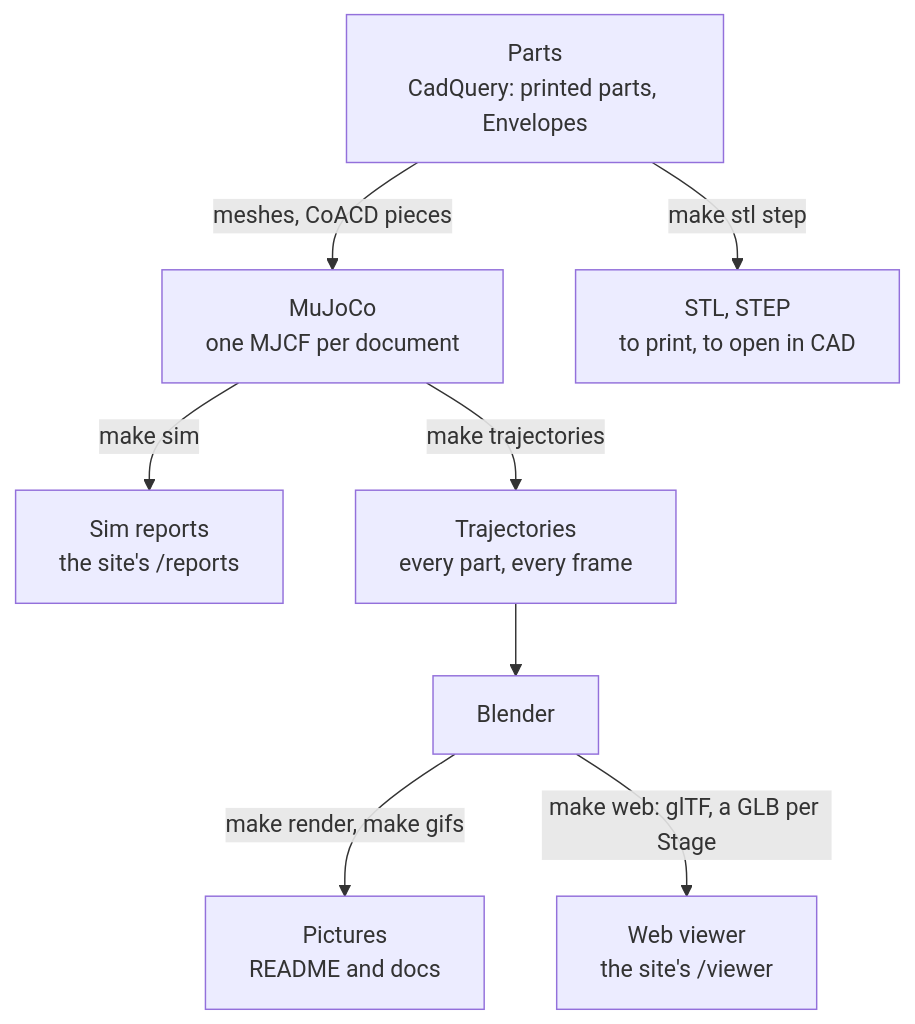
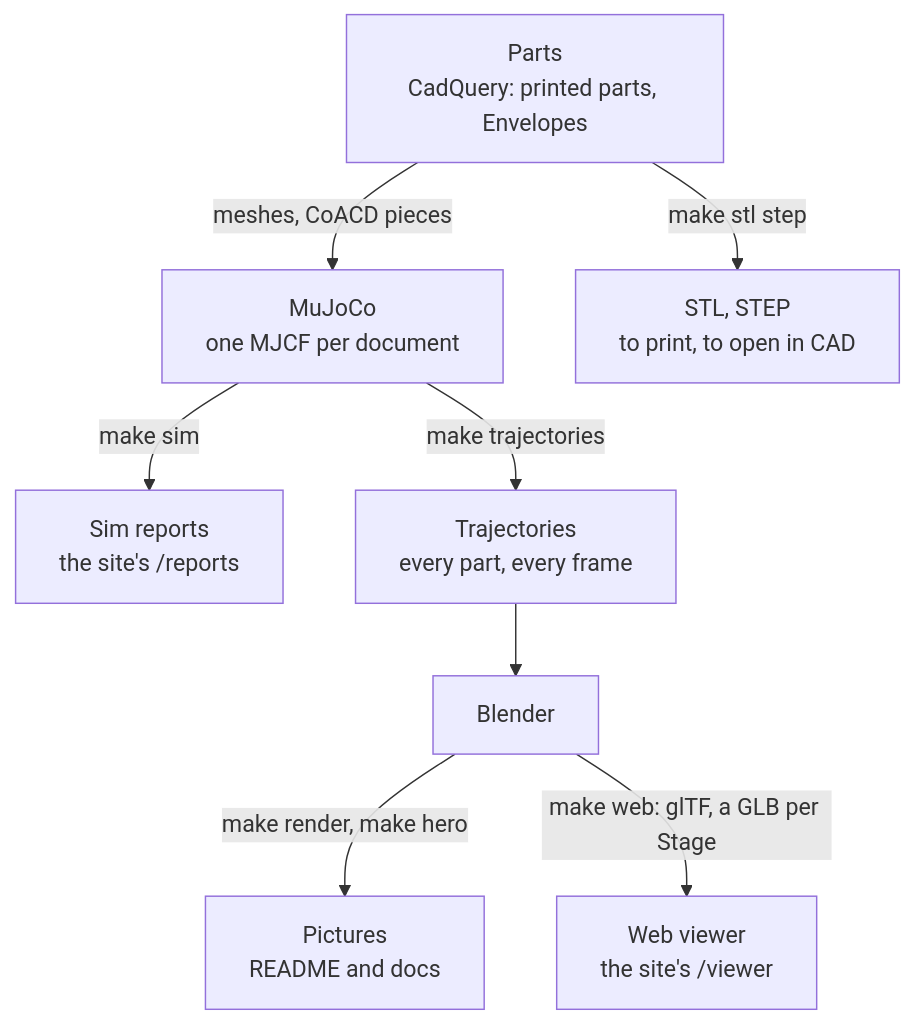
The fourth of 4 diagrams in docs/how-it-works.md (yellow-pine/noggin), drawn with Mermaid before and after one commit. The commit also changed 24 other files, not shown here.

First line of the commit message:
feat(site): the viewer is the home hero, and the gesture GIFs go

````diff
--- a/docs/how-it-works.md
+++ b/docs/how-it-works.md
@@ -87,17 +87,17 @@
 ```mermaid
 ---
 config:
   layout: dagre
   look: classic
 ---
 flowchart TB
     accTitle: The model's pipeline
     accDescr: Our CadQuery parts and hardware Envelopes become MuJoCo models, one per document. MuJoCo writes the sim reports and plays each gesture into Trajectories, from which Blender renders the pictures and the web viewer's GLB per Stage. The parts also export as STL and STEP files.
     P["Parts<br/>CadQuery: printed parts, Envelopes"] -- "meshes, CoACD pieces" --> M["MuJoCo<br/>one MJCF per document"]
     P -- "make stl step" --> F["STL, STEP<br/>to print, to open in CAD"]
     M -- "make sim" --> R["Sim reports<br/>the site's /reports"]
     M -- "make trajectories" --> T["Trajectories<br/>every part, every frame"]
     T --> B["Blender"]
-    B -- "make render, make gifs" --> I["Pictures<br/>README and docs"]
+    B -- "make render, make hero" --> I["Pictures<br/>README and docs"]
     B -- "make web: glTF, a GLB per Stage" --> W["Web viewer<br/>the site's /viewer"]
 ```
````
